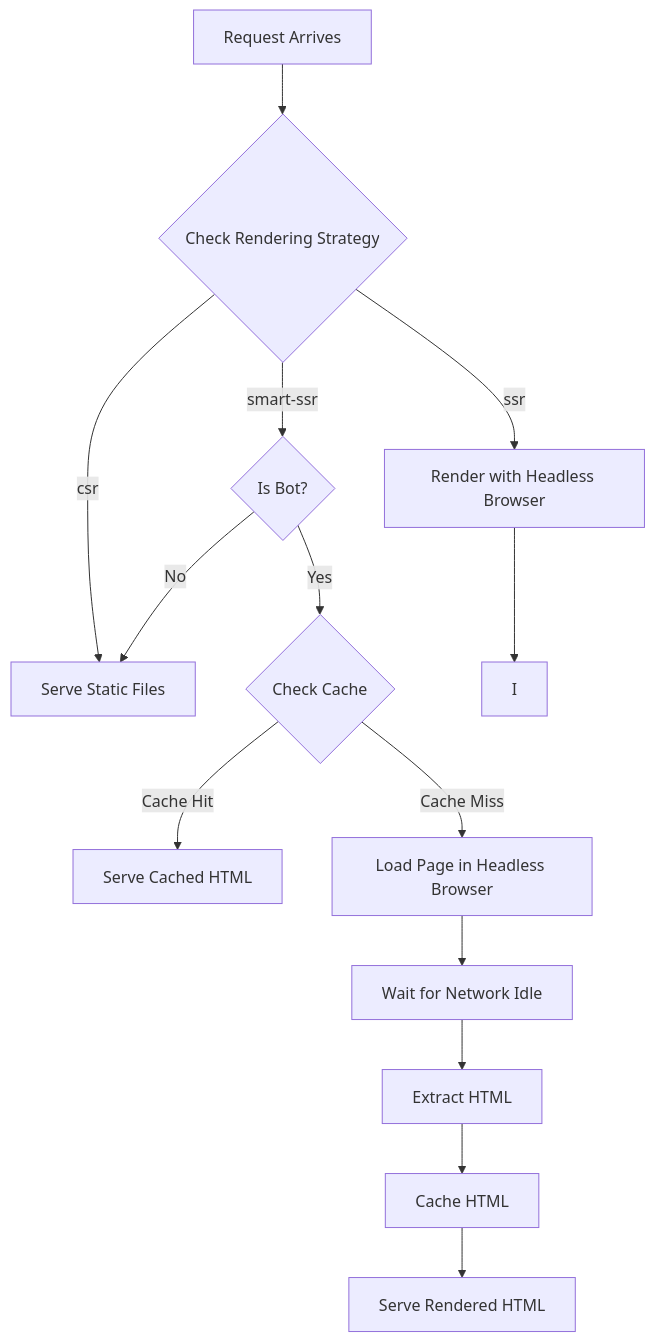
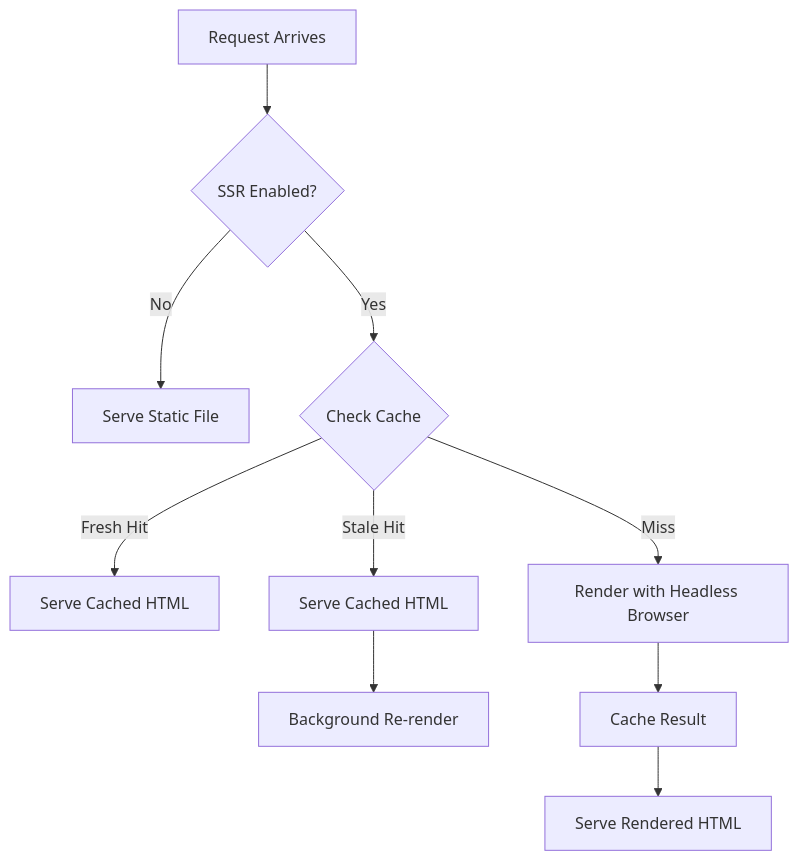
Before and after one commit to neilveil/renderx: the diagram in readme.md, drawn with Mermaid. The commit also changed other lines of this file and 18 other files, not shown here.

````diff
--- a/readme.md
+++ b/readme.md
@@ -171,22 +200,12 @@
 ```mermaid
 flowchart TD
-    A[Request Arrives] --> B{Check Rendering Strategy}
-    B -->|csr| C[Serve Static Files]
-    B -->|ssr| D[Render with Headless Browser]
-    B -->|smart-ssr| E{Is Bot?}
-
-    E -->|No| C
-    E -->|Yes| F{Check Cache}
-
-    F -->|Cache Hit| G[Serve Cached HTML]
-    F -->|Cache Miss| H[Load Page in Headless Browser]
-
-    H --> J[Wait for Network Idle]
-
-    J --> N[Extract HTML]
-
-    N --> O[Cache HTML]
-    O --> P[Serve Rendered HTML]
-
-    D --> I
+    A[Request Arrives] --> B{SSR Enabled?}
+    B -->|No| C[Serve Static File]
+    B -->|Yes| D{Check Cache}
+    D -->|Fresh Hit| E[Serve Cached HTML]
+    D -->|Stale Hit| F[Serve Cached HTML]
+    F --> G[Background Re-render]
+    D -->|Miss| H[Render with Headless Browser]
+    H --> I[Cache Result]
+    I --> J[Serve Rendered HTML]
 ```
````
